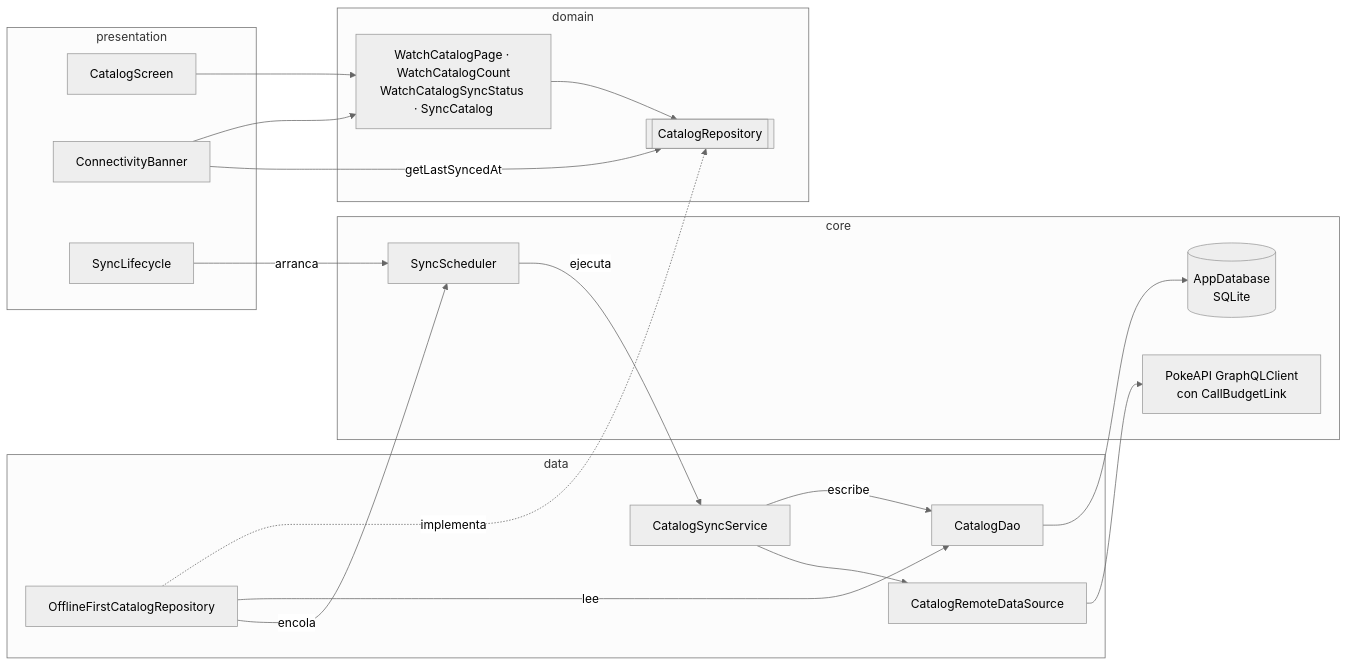
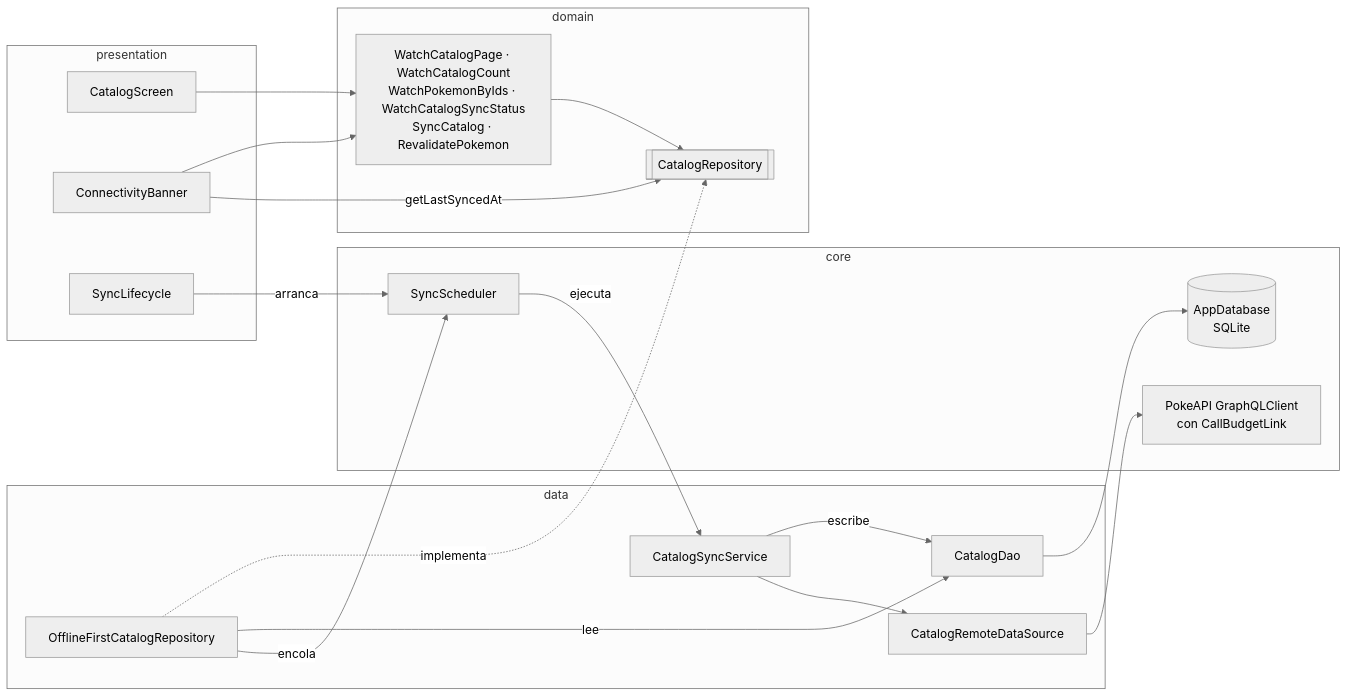
Before and after one commit to JoseHidalgoG/pokedex-flutter: the first of 6 diagrams in docs/arquitectura.md, drawn with Mermaid (neutral theme). The commit also changed other lines of this file and 1 other file, not shown here.

````diff
--- a/docs/arquitectura.md
+++ b/docs/arquitectura.md
@@ -37,40 +37,40 @@
 ```mermaid
 flowchart LR
   subgraph presentation
     Screen[CatalogScreen]
     Banner[ConnectivityBanner]
     Lifecycle[SyncLifecycle]
   end
 
   subgraph domain
-    UseCases["WatchCatalogPage · WatchCatalogCount<br/>WatchCatalogSyncStatus · SyncCatalog"]
+    UseCases["WatchCatalogPage · WatchCatalogCount<br/>WatchPokemonByIds · WatchCatalogSyncStatus<br/>SyncCatalog · RevalidatePokemon"]
     Contract[["CatalogRepository"]]
   end
 
   subgraph data
     Repo[OfflineFirstCatalogRepository]
     Sync[CatalogSyncService]
     Dao[CatalogDao]
     Remote[CatalogRemoteDataSource]
   end
 
   subgraph core
     Scheduler[SyncScheduler]
     Db[(AppDatabase<br/>SQLite)]
     Client["PokeAPI GraphQLClient<br/>con CallBudgetLink"]
   end
 
   Screen --> UseCases
   Lifecycle -- arranca --> Scheduler
   Banner --> UseCases
   Banner -- getLastSyncedAt --> Contract
   UseCases --> Contract
   Repo -. implementa .-> Contract
   Repo -- lee --> Dao
   Repo -- encola --> Scheduler
   Scheduler -- ejecuta --> Sync
   Sync -- escribe --> Dao
   Sync --> Remote
   Remote --> Client
   Dao --> Db
 ```
````
